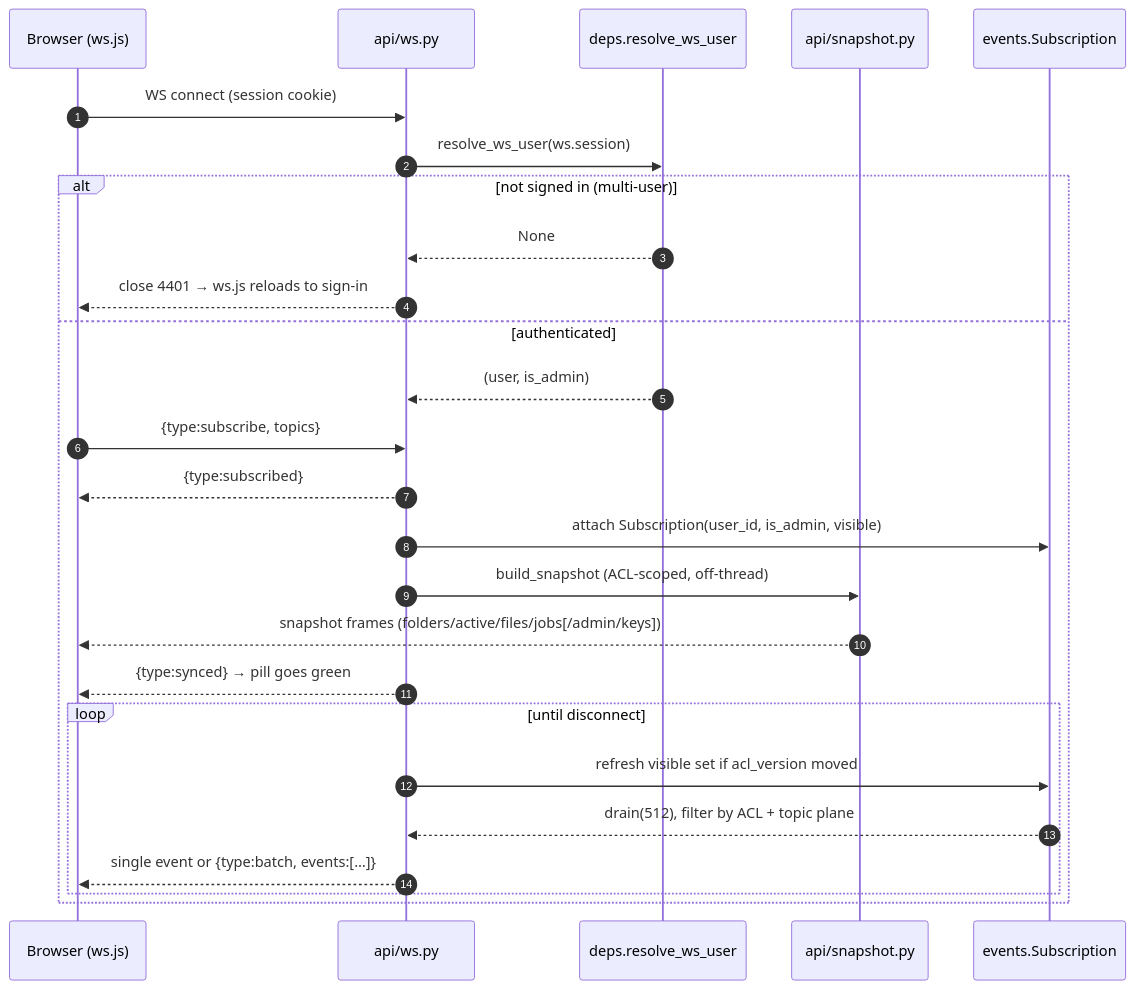
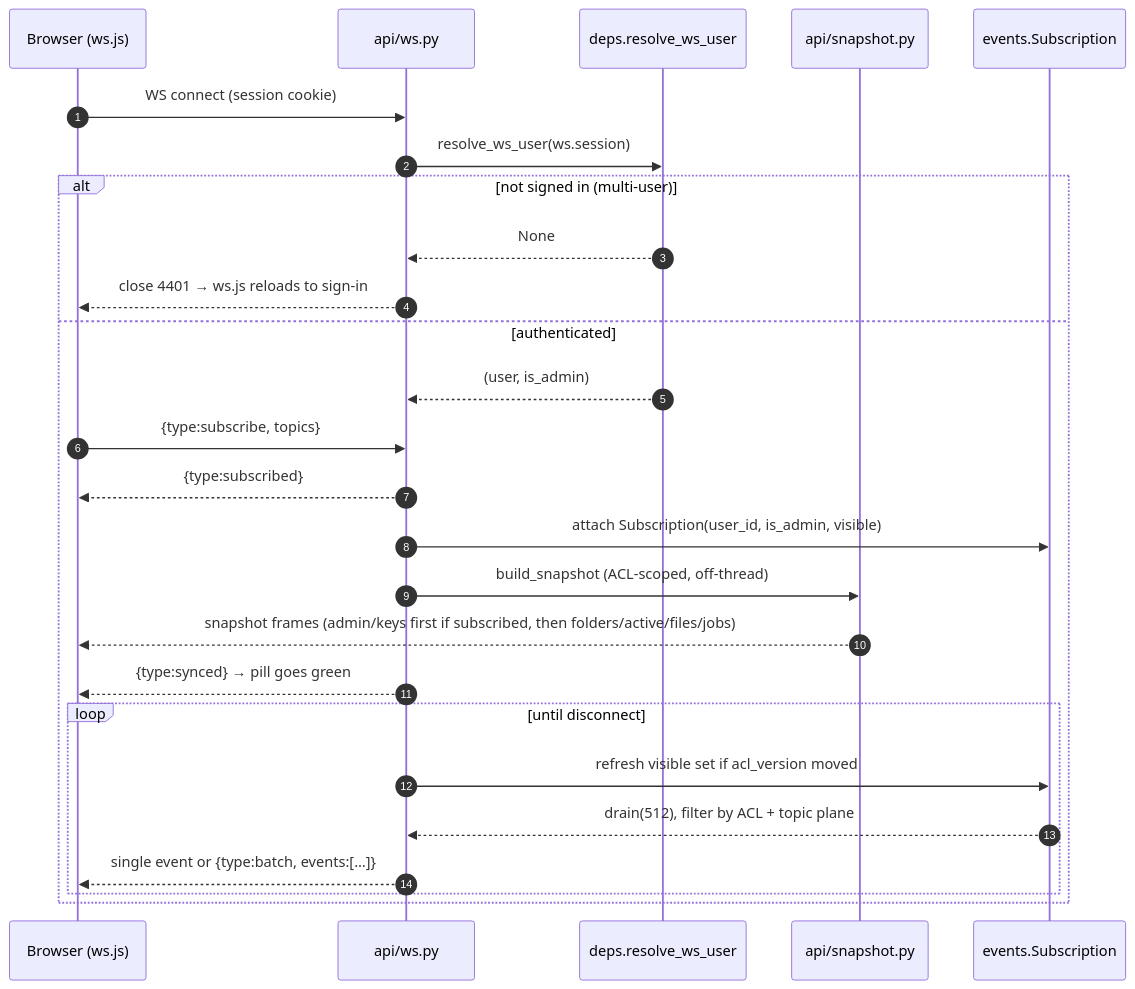
The eighth of 19 diagrams in docs/OPERATIONS.md (voitta-ai/voitta-rag-enterprise), drawn with Mermaid before and after one commit. The commit also changed other lines of this file, not shown here.

First line of the commit message:
docs: correct gc_cas (not wired) + minor ER/snapshot fixes after 3-pass audit

````diff
--- a/docs/OPERATIONS.md
+++ b/docs/OPERATIONS.md
@@ -359,29 +364,29 @@
 ```mermaid
 sequenceDiagram
     autonumber
     participant C as Browser (ws.js)
     participant W as api/ws.py
     participant A as deps.resolve_ws_user
     participant SB as api/snapshot.py
     participant EV as events.Subscription
 
     C->>W: WS connect (session cookie)
     W->>A: resolve_ws_user(ws.session)
     alt not signed in (multi-user)
         A-->>W: None
         W-->>C: close 4401 → ws.js reloads to sign-in
     else authenticated
         A-->>W: (user, is_admin)
         C->>W: {type:subscribe, topics}
         W-->>C: {type:subscribed}
         W->>EV: attach Subscription(user_id, is_admin, visible)
         W->>SB: build_snapshot (ACL-scoped, off-thread)
-        SB-->>C: snapshot frames (folders/active/files/jobs[/admin/keys])
+        SB-->>C: snapshot frames (admin/keys first if subscribed, then folders/active/files/jobs)
         W-->>C: {type:synced}  → pill goes green
         loop until disconnect
             W->>EV: refresh visible set if acl_version moved
             EV-->>W: drain(512), filter by ACL + topic plane
             W-->>C: single event or {type:batch, events:[…]}
         end
     end
 ```
````
